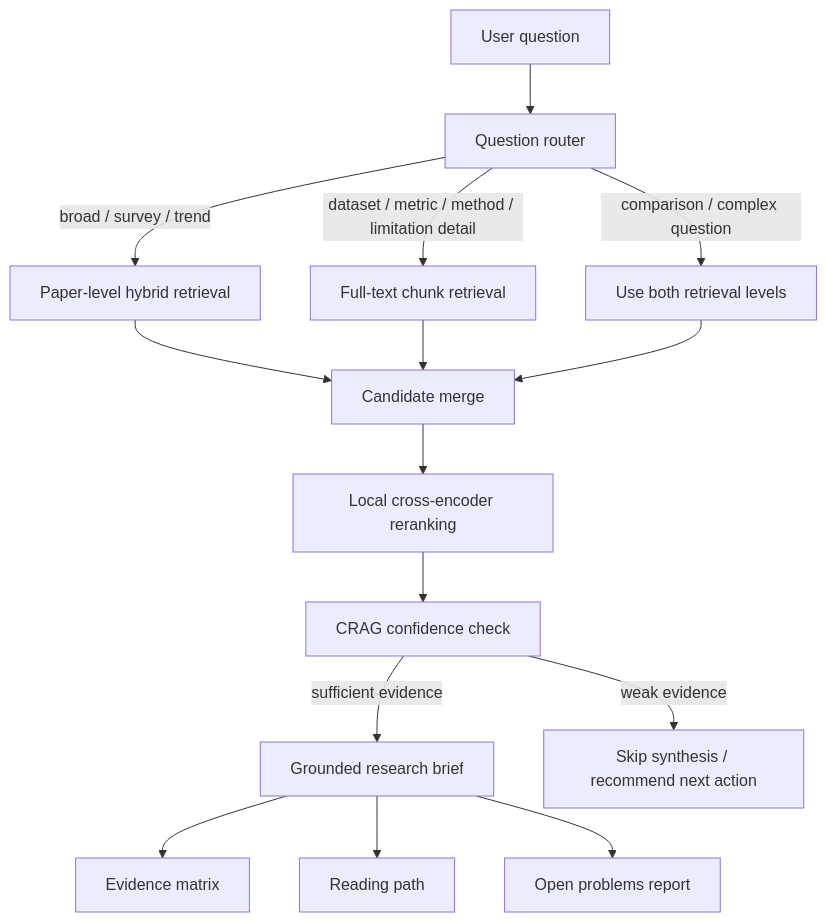
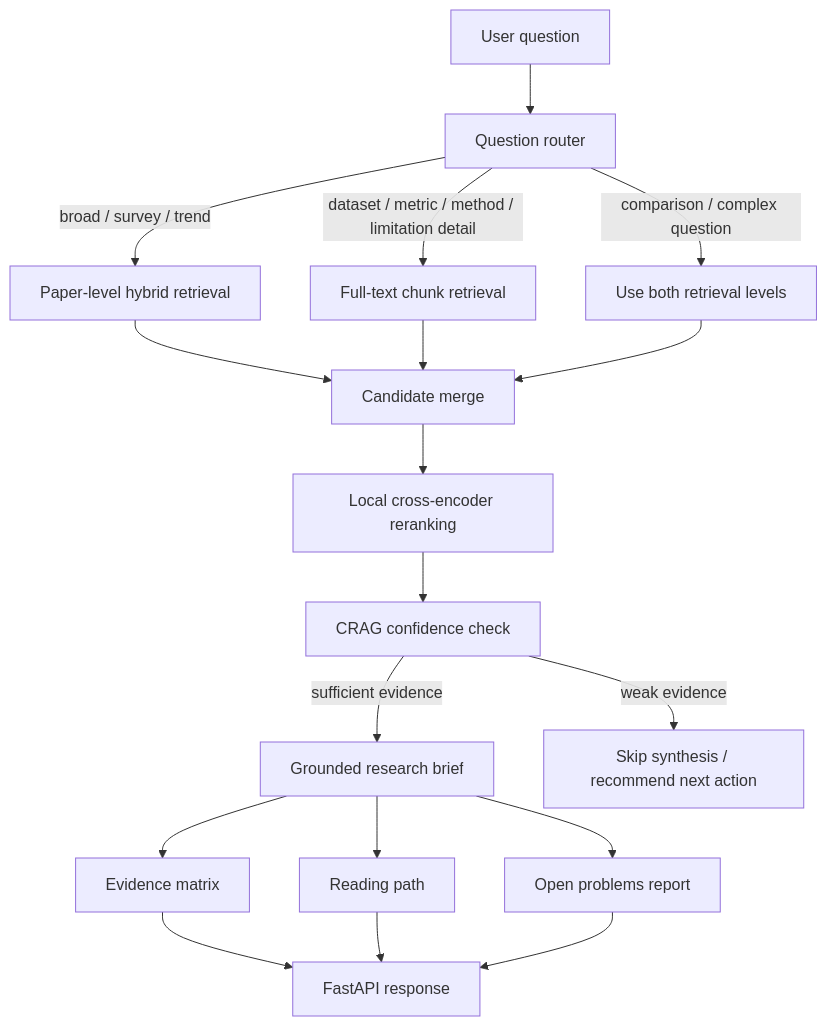
The third of 3 diagrams in docs/research-synthesis-engine-build-plan.md (rishitha-gogineni/research-synthesis-engine), drawn with Mermaid before and after one commit. The commit also changed other lines of this file and 5 other files, not shown here.

Commit message:
Add FastAPI backend

````diff
--- a/docs/research-synthesis-engine-build-plan.md
+++ b/docs/research-synthesis-engine-build-plan.md
@@ -92,17 +92,20 @@
 ```mermaid
 flowchart TD
     A[User question] --> B[Question router]
     B -->|broad / survey / trend| C[Paper-level hybrid retrieval]
     B -->|dataset / metric / method / limitation detail| D[Full-text chunk retrieval]
     B -->|comparison / complex question| E[Use both retrieval levels]
     C --> F[Candidate merge]
     D --> F
     E --> F
     F --> G[Local cross-encoder reranking]
     G --> H[CRAG confidence check]
     H -->|sufficient evidence| I[Grounded research brief]
     H -->|weak evidence| J[Skip synthesis / recommend next action]
     I --> K[Evidence matrix]
     I --> L[Reading path]
     I --> M[Open problems report]
+    K --> N[FastAPI response]
+    L --> N
+    M --> N
 ```
````
